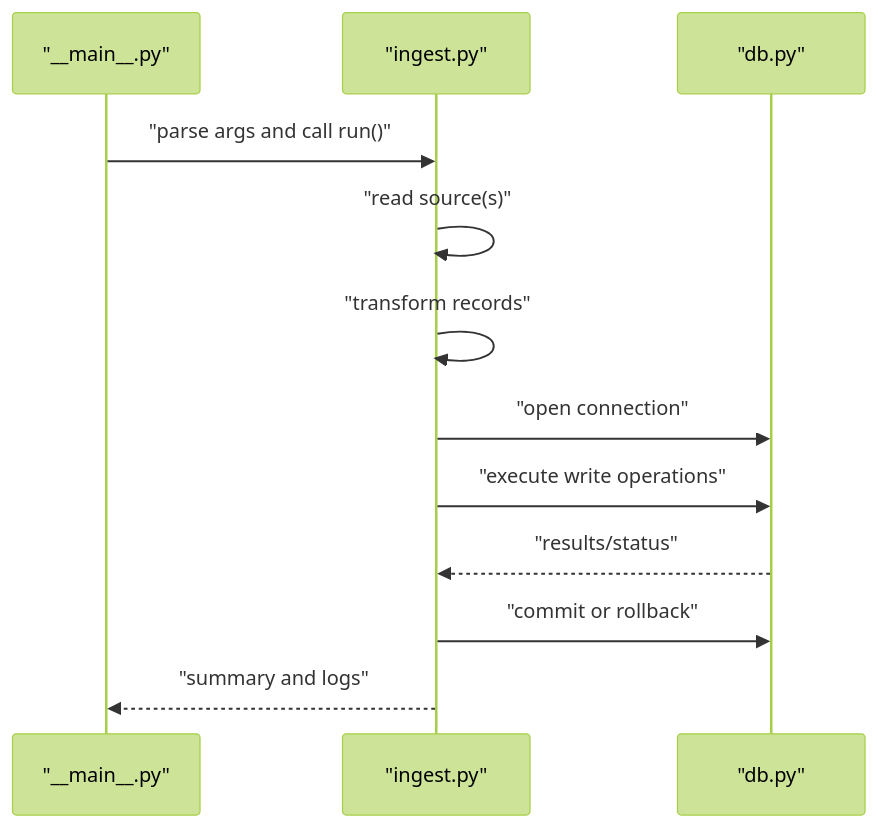
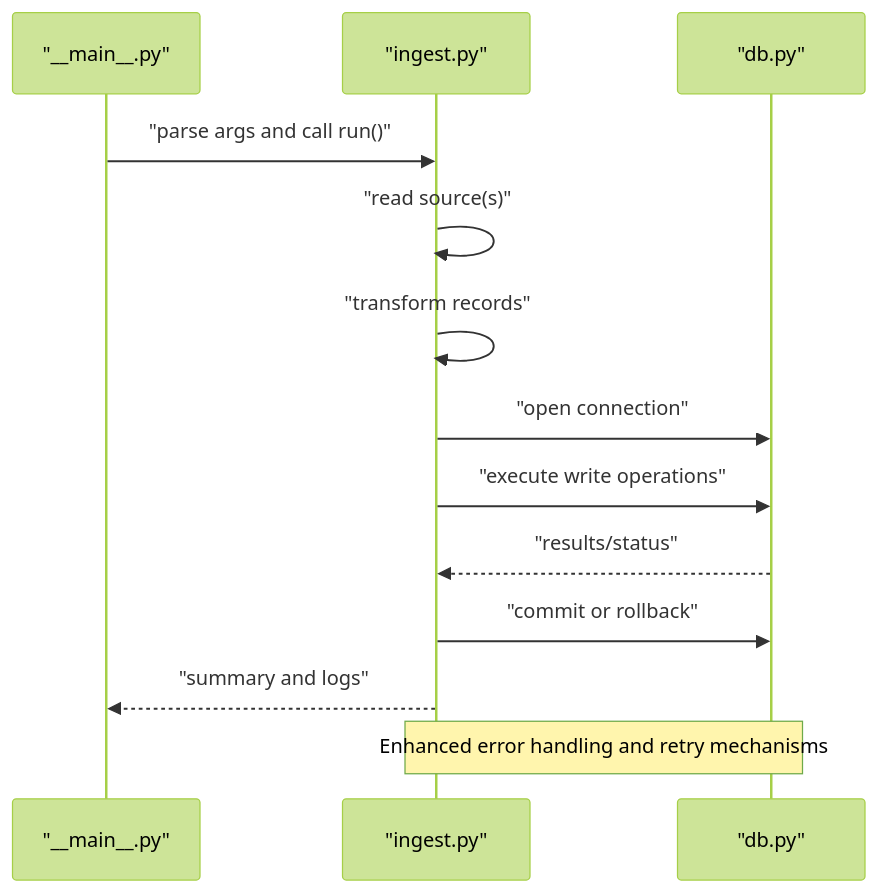
The second of 6 diagrams in .qoder/repowiki/en/content/Core Components/Data Engineering Module.md (ZengSeng/telegram-bot), drawn with Mermaid (forest theme) before and after one commit. The commit also changed other lines of this file and 9 other files, not shown here.

````diff
--- a/.qoder/repowiki/en/content/Core Components/Data Engineering Module.md
+++ b/.qoder/repowiki/en/content/Core Components/Data Engineering Module.md
@@ -90,14 +96,15 @@
 ```mermaid
 sequenceDiagram
 participant CLI as "__main__.py"
 participant Ingest as "ingest.py"
 participant DB as "db.py"
 CLI->>Ingest : "parse args and call run()"
 Ingest->>Ingest : "read source(s)"
 Ingest->>Ingest : "transform records"
 Ingest->>DB : "open connection"
 Ingest->>DB : "execute write operations"
 DB-->>Ingest : "results/status"
 Ingest->>DB : "commit or rollback"
 Ingest-->>CLI : "summary and logs"
+Note over Ingest,DB : Enhanced error handling and retry mechanisms
 ```
````
